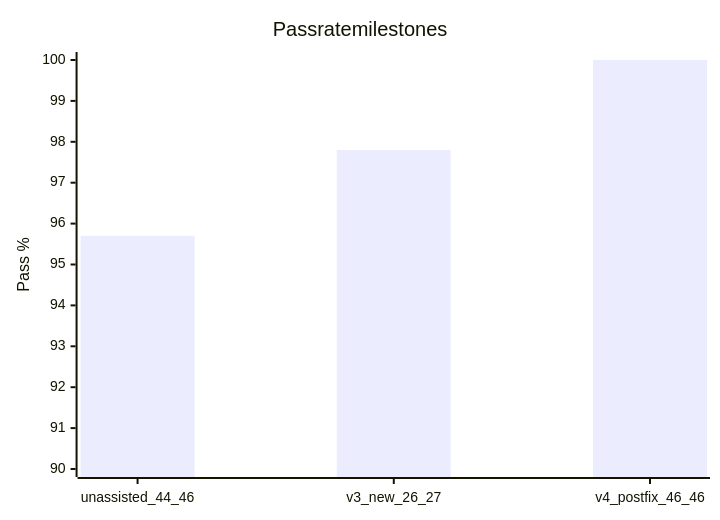
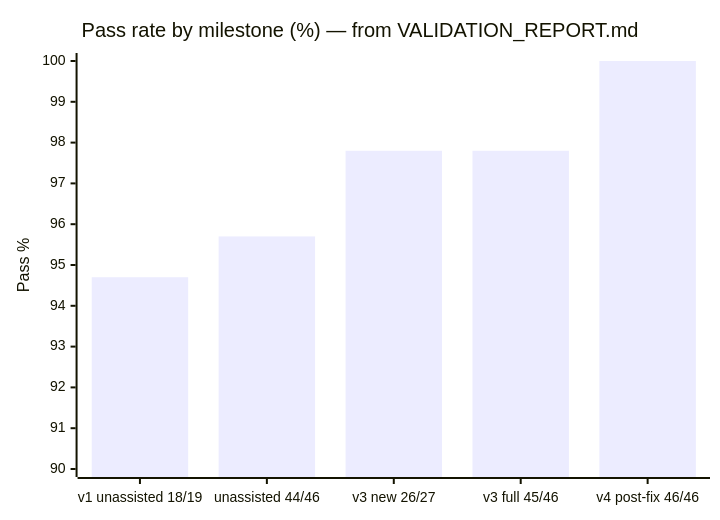
Before and after one commit to ArchanaChetan07/-LLM-HDL-Bench-Verilog-RTL-Validation-Framework: the first of 7 diagrams in README.md, drawn with Mermaid. The commit also changed other lines of this file, not shown here.

Commit message:
docs: professional FAANG-ready README with diagrams and verified results

````diff
--- a/README.md
+++ b/README.md
@@ -29,7 +59,7 @@
 ```mermaid
 xychart-beta
-    title Pass rate milestones
-    x-axis [unassisted_44_46, v3_new_26_27, v4_postfix_46_46]
+    title "Pass rate by milestone (%) — from VALIDATION_REPORT.md"
+    x-axis ["v1 unassisted 18/19", "unassisted 44/46", "v3 new 26/27", "v3 full 45/46", "v4 post-fix 46/46"]
     y-axis "Pass %" 90 --> 100
-    bar [95.7, 97.8, 100.0]
+    bar [94.7, 95.7, 97.8, 97.8, 100.0]
 ```
````
